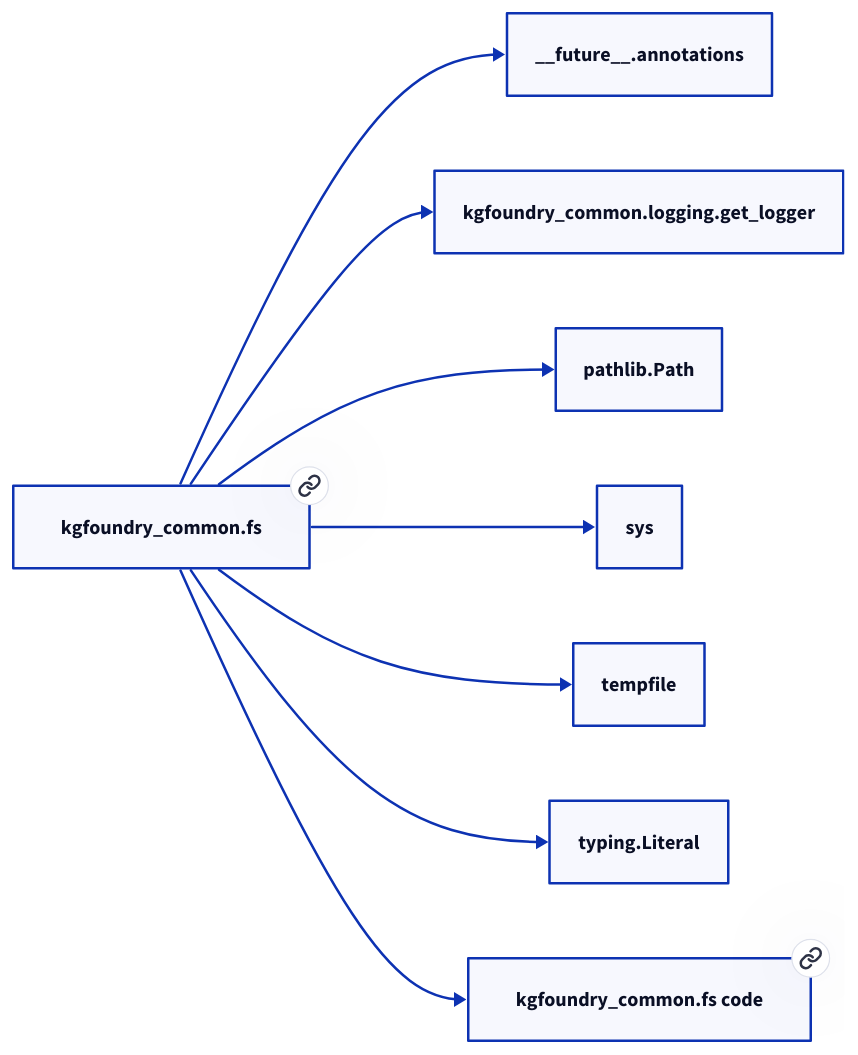
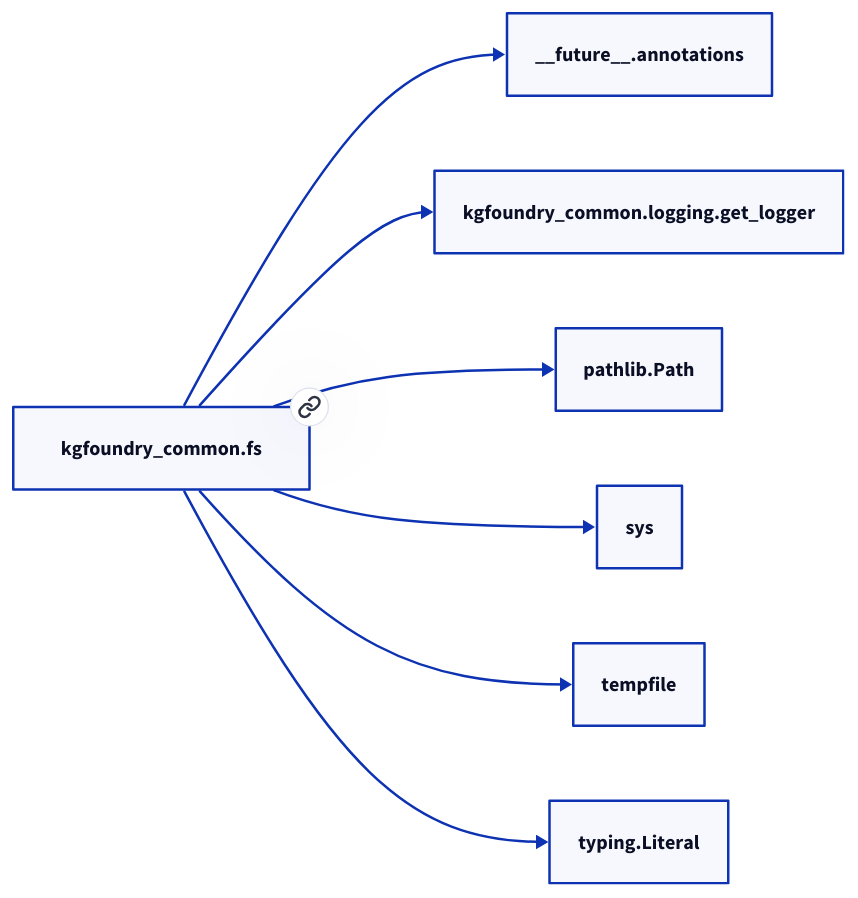
The diagram in docs/modules/kgfoundry_common/fs.md (paul-heyse/kgforge), drawn with D2 before and after one commit. The commit also changed other lines of this file and 118 other files, not shown here.

````diff
--- a/docs/modules/kgfoundry_common/fs.md
+++ b/docs/modules/kgfoundry_common/fs.md
@@ -45,18 +43,16 @@
 ```d2
 direction: right
-"kgfoundry_common.fs": "kgfoundry_common.fs" { link: "./kgfoundry_common/fs.md" }
+"kgfoundry_common.fs": "kgfoundry_common.fs" { link: "fs.md" }
 "__future__.annotations": "__future__.annotations"
 "kgfoundry_common.fs" -> "__future__.annotations"
 "kgfoundry_common.logging.get_logger": "kgfoundry_common.logging.get_logger"
 "kgfoundry_common.fs" -> "kgfoundry_common.logging.get_logger"
 "pathlib.Path": "pathlib.Path"
 "kgfoundry_common.fs" -> "pathlib.Path"
 "sys": "sys"
 "kgfoundry_common.fs" -> "sys"
 "tempfile": "tempfile"
 "kgfoundry_common.fs" -> "tempfile"
 "typing.Literal": "typing.Literal"
 "kgfoundry_common.fs" -> "typing.Literal"
-"kgfoundry_common.fs_code": "kgfoundry_common.fs code" { link: "https://github.com/kgfoundry/kgfoundry/blob/main/src/kgfoundry_common/fs.py" }
-"kgfoundry_common.fs" -> "kgfoundry_common.fs_code" { style: dashed }
 ```
````
